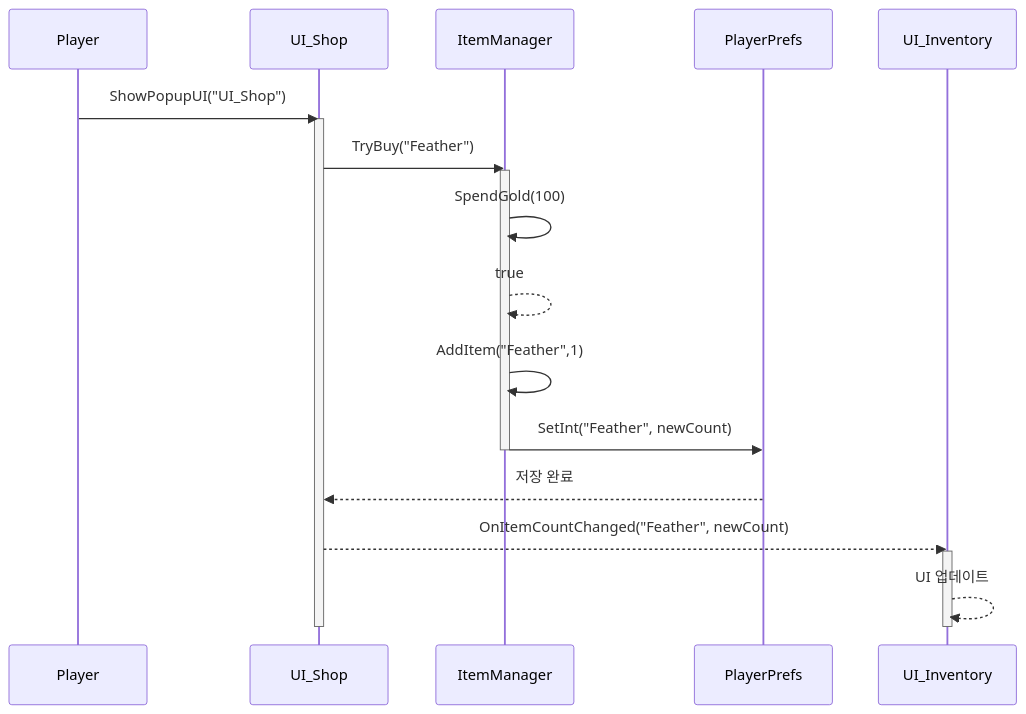
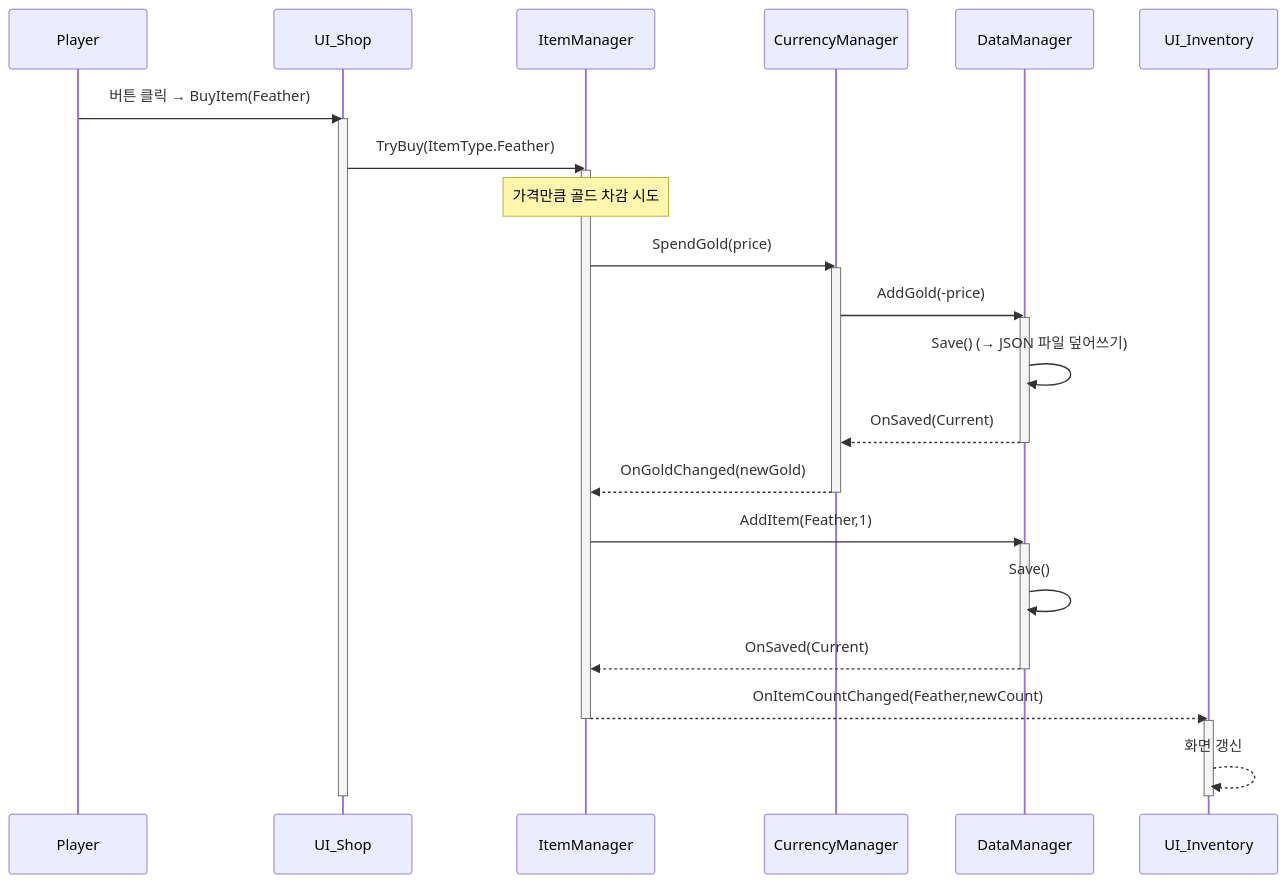
One commit to heejune1209/Just-climb- changed the first of 2 diagrams in 아이템 시퀀스 다이어그램.md. Above: the diagram before and after it, drawn with Mermaid. The commit also changed other lines of this file, not shown here.

Commit message:
Update 아이템 시퀀스 다이어그램.md

````diff
--- a/아이템 시퀀스 다이어그램.md
+++ b/아이템 시퀀스 다이어그램.md
@@ -4,30 +4,44 @@
 ```mermaid
 sequenceDiagram
-    participant 플레이어 as Player
-    participant 상점UI as UI_Shop
-    participant 아이템매니저 as ItemManager
-    participant 저장소 as PlayerPrefs
-    participant 인벤토리UI as UI_Inventory
+    participant Player
+    participant ShopUI as UI_Shop
+    participant ItemM as ItemManager
+    participant CurrM as CurrencyManager
+    participant DataM as DataManager
+    participant InvUI as UI_Inventory
 
-    플레이어->>상점UI: ShowPopupUI("UI_Shop")
-    activate 상점UI
+    Player->>ShopUI: 버튼 클릭 → BuyItem(Feather)
+    activate ShopUI
 
-    상점UI->>아이템매니저: TryBuy("Feather")
-    activate 아이템매니저
+    ShopUI->>ItemM: TryBuy(ItemType.Feather)
+    activate ItemM
 
-    아이템매니저->>아이템매니저: SpendGold(100)
-    아이템매니저-->>아이템매니저: true
+    Note over ItemM: 가격만큼 골드 차감 시도
+    ItemM->>CurrM: SpendGold(price)
+    activate CurrM
 
-    아이템매니저->>아이템매니저: AddItem("Feather",1)
-    아이템매니저->>저장소: SetInt("Feather", newCount)
-    deactivate 아이템매니저
+    CurrM->>DataM: AddGold(-price)
+    activate DataM
+    DataM->>DataM: Save() (→ JSON 파일 덮어쓰기)
+    DataM-->>CurrM: OnSaved(Current)
+    deactivate DataM
 
-    저장소-->>상점UI: 저장 완료
+    CurrM-->>ItemM: OnGoldChanged(newGold)
+    deactivate CurrM
 
-    상점UI-->>인벤토리UI: OnItemCountChanged("Feather", newCount)
-    activate 인벤토리UI
-    인벤토리UI-->>인벤토리UI: UI 업데이트
-    deactivate 인벤토리UI
+    ItemM->>DataM: AddItem(Feather,1)
+    activate DataM
+    DataM->>DataM: Save()
+    DataM-->>ItemM: OnSaved(Current)
+    deactivate DataM
 
-    deactivate 상점UI
+    ItemM-->>InvUI: OnItemCountChanged(Feather,newCount)
+    deactivate ItemM
+
+    activate InvUI
+    InvUI-->>InvUI: 화면 갱신
+    deactivate InvUI
+
+    deactivate ShopUI
+
 ```
````
